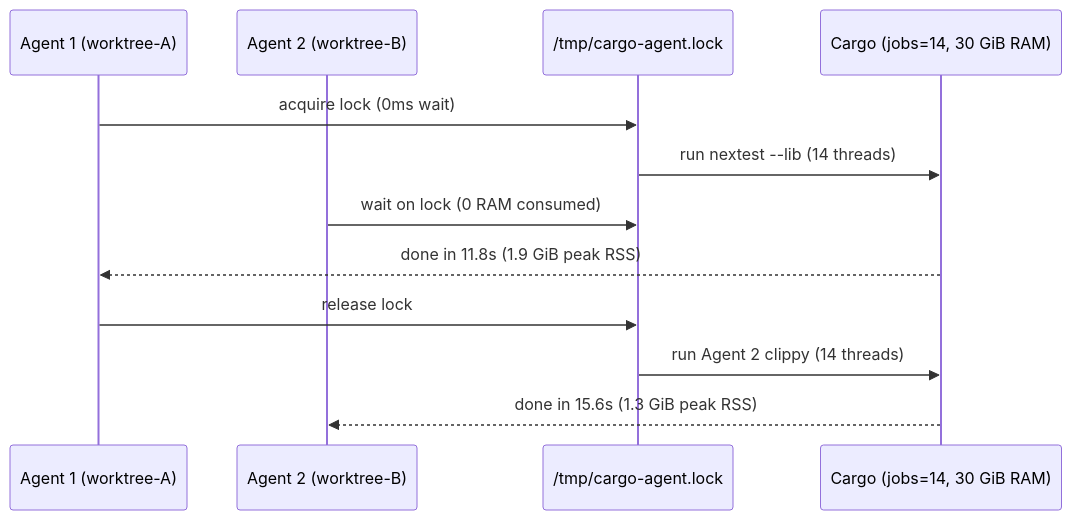
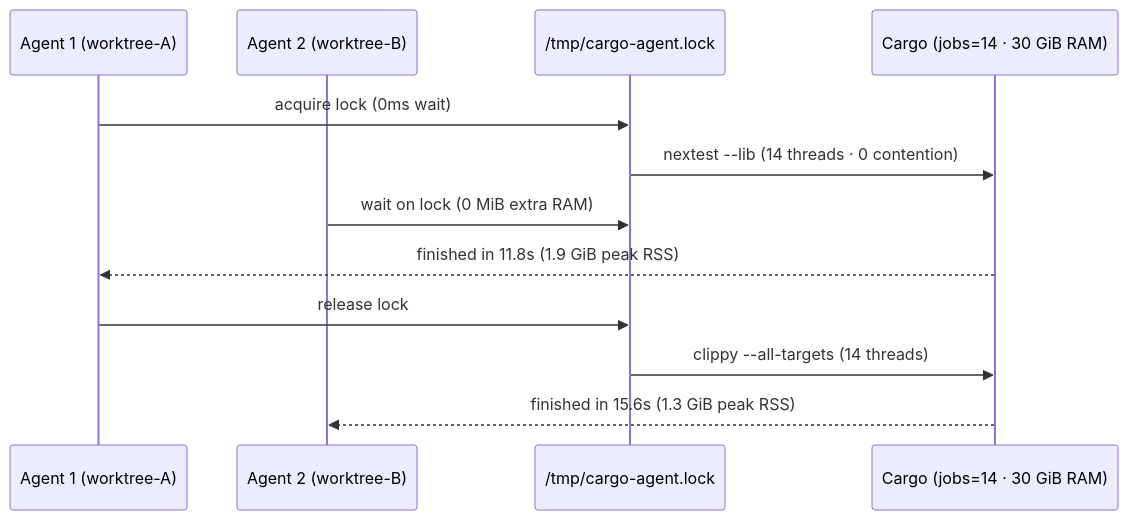
One commit to batistalucasv/cargo-timings-guide changed the diagram in issues/01-context-and-multi-agent-oom.md. Above: the diagram before and after it, drawn with Mermaid. The commit also changed other lines of this file and 14 other files, not shown here.

Commit message:
docs: streamline README into visual cover, expand all 5 issues, add 24h bootstrap model and SVG chart

````diff
--- a/issues/01-context-and-multi-agent-oom.md
+++ b/issues/01-context-and-multi-agent-oom.md
@@ -33,15 +61,15 @@
 ```mermaid
 sequenceDiagram
     participant A1 as Agent 1 (worktree-A)
     participant A2 as Agent 2 (worktree-B)
     participant L as /tmp/cargo-agent.lock
-    participant C as Cargo (jobs=14, 30 GiB RAM)
+    participant C as Cargo (jobs=14 · 30 GiB RAM)
 
     A1->>L: acquire lock (0ms wait)
-    L->>C: run nextest --lib (14 threads)
-    A2->>L: wait on lock (0 RAM consumed)
-    C-->>A1: done in 11.8s (1.9 GiB peak RSS)
+    L->>C: nextest --lib (14 threads · 0 contention)
+    A2->>L: wait on lock (0 MiB extra RAM)
+    C-->>A1: finished in 11.8s (1.9 GiB peak RSS)
     A1->>L: release lock
-    L->>C: run Agent 2 clippy (14 threads)
-    C-->>A2: done in 15.6s (1.3 GiB peak RSS)
+    L->>C: clippy --all-targets (14 threads)
+    C-->>A2: finished in 15.6s (1.3 GiB peak RSS)
 ```
````
